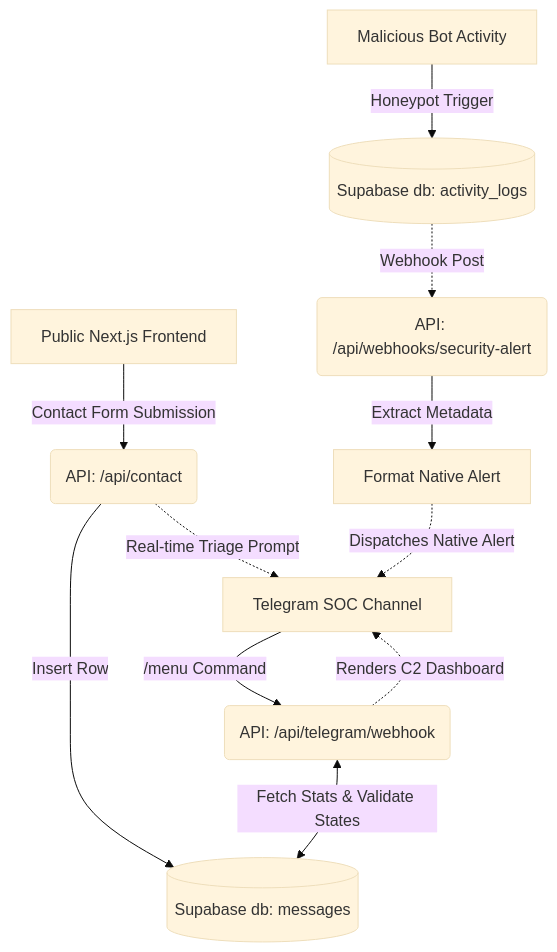
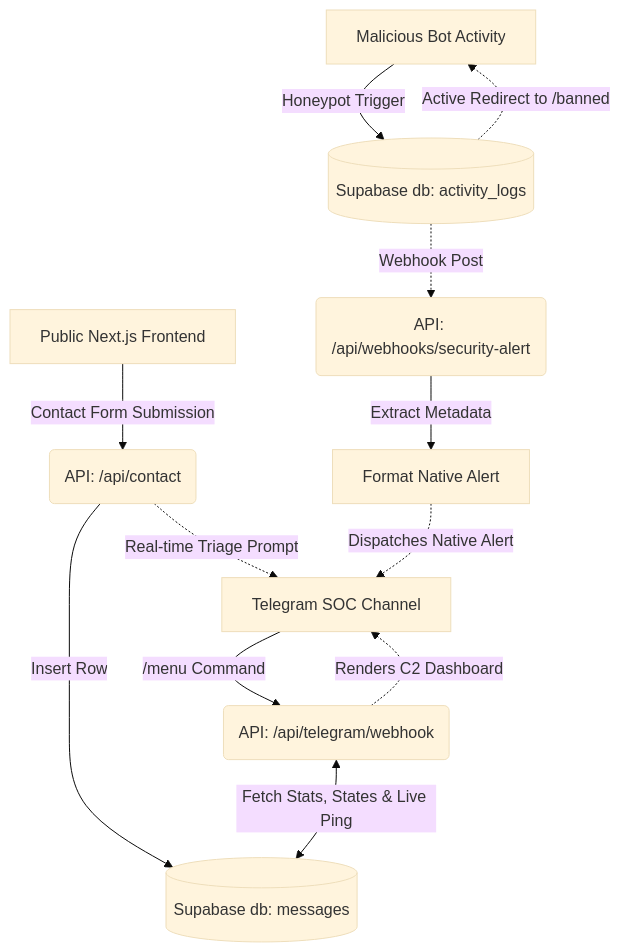
Before and after one commit to Alfareza-dev/alfareza.site: the diagram in README.md, drawn with Mermaid (base theme). The commit also changed other lines of this file and 2 other files, not shown here.

Commit message:
docs: update README with active honeypot repulsion and live ping telemetry

`````diff
--- a/README.md
+++ b/README.md
@@ -49,15 +50,16 @@
 ```mermaid
 graph TD
     A[Public Next.js Frontend] -->|Contact Form Submission| B(API: /api/contact)
     B -->|Insert Row| C[(Supabase db: messages)]
     B -.->|Real-time Triage Prompt| D[Telegram SOC Channel]
     
     E[Malicious Bot Activity] -->|Honeypot Trigger| F[(Supabase db: activity_logs)]
+    F -.->|Active Redirect to /banned| E
     F -.->|Webhook Post| G(API: /api/webhooks/security-alert)
     G -->|Extract Metadata| J[Format Native Alert]
     J -.->|Dispatches Native Alert| D
     
     D -->|/menu Command| I(API: /api/telegram/webhook)
-    I <-->|Fetch Stats & Validate States| C
+    I <-->|Fetch Stats, States & Live Ping| C
     I -.->|Renders C2 Dashboard| D
 ````
`````
